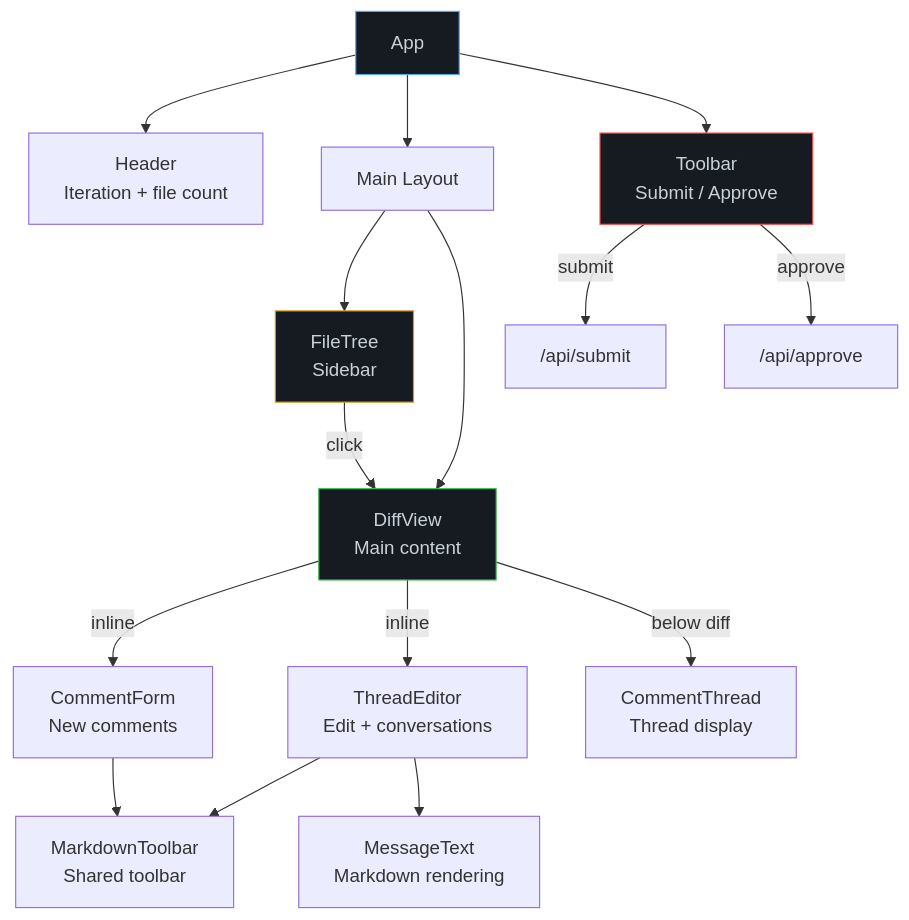
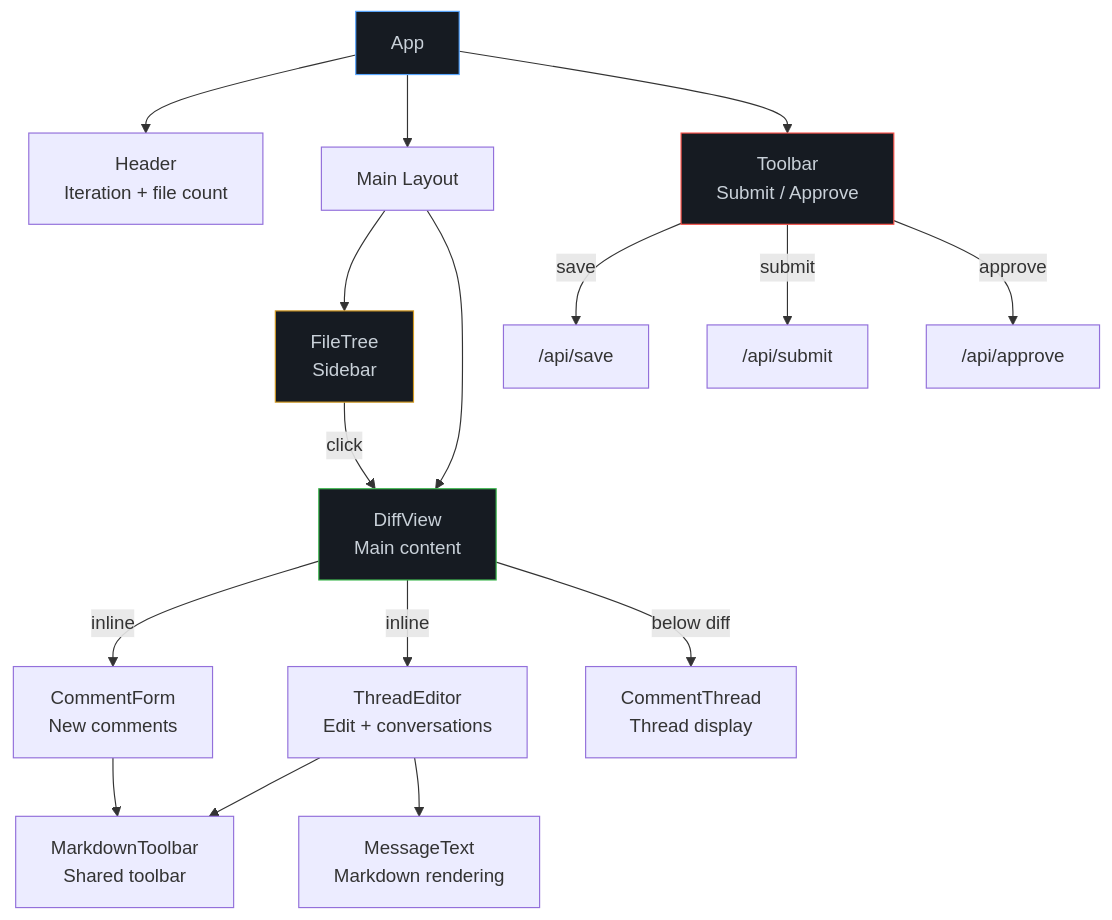
One commit to KYONY/diffloop changed the third of 4 diagrams in docs/architecture.md. Above: the diagram before and after it, drawn with Mermaid. The commit also changed other lines of this file and 10 other files, not shown here.

````diff
--- a/docs/architecture.md
+++ b/docs/architecture.md
@@ -95,25 +100,26 @@
 ```mermaid
 graph TD
     APP[App] --> HEADER[Header<br/>Iteration + file count]
     APP --> MAIN[Main Layout]
     APP --> TOOLBAR[Toolbar<br/>Submit / Approve]
 
     MAIN --> FILETREE[FileTree<br/>Sidebar]
     MAIN --> DIFFVIEW[DiffView<br/>Main content]
 
     DIFFVIEW --> |inline| CF[CommentForm<br/>New comments]
     DIFFVIEW --> |inline| TE[ThreadEditor<br/>Edit + conversations]
     DIFFVIEW --> |below diff| CT[CommentThread<br/>Thread display]
     CF --> MDT[MarkdownToolbar<br/>Shared toolbar]
     TE --> MDT
     TE --> MT[MessageText<br/>Markdown rendering]
 
     FILETREE --> |click| DIFFVIEW
+    TOOLBAR --> |save| API3["/api/save"]
     TOOLBAR --> |submit| API["/api/submit"]
     TOOLBAR --> |approve| API2["/api/approve"]
 
     style APP fill:#161b22,stroke:#58a6ff,color:#c9d1d9
     style DIFFVIEW fill:#161b22,stroke:#3fb950,color:#c9d1d9
     style FILETREE fill:#161b22,stroke:#d29922,color:#c9d1d9
     style TOOLBAR fill:#161b22,stroke:#f85149,color:#c9d1d9
 ```
````
